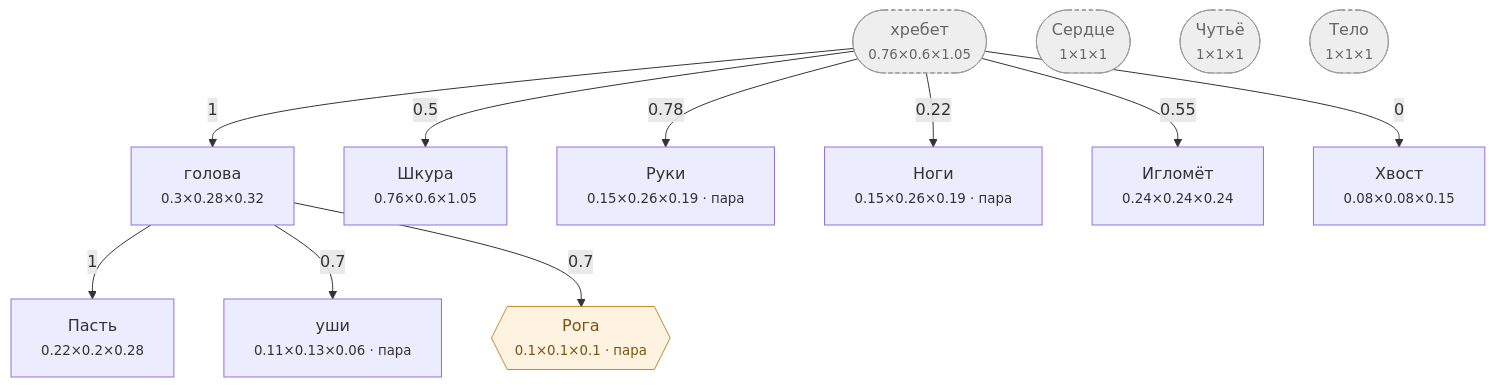
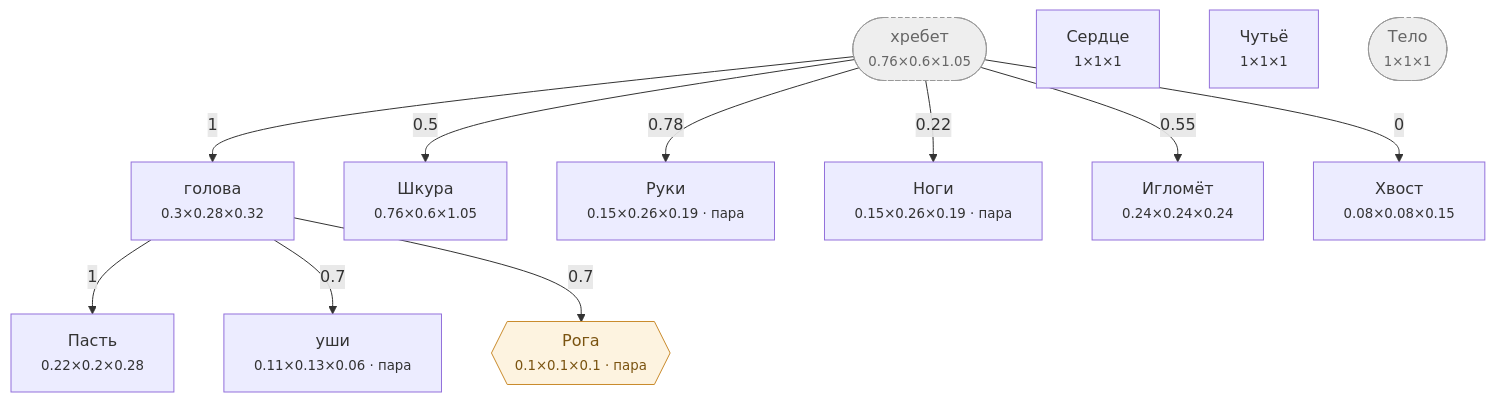
One commit to darklordshish/ChimeraEvolution-2026-06-26_15-29-59 changed the diagram in Docs/Диаграммы/Ёж.md. Above: the diagram before and after it, drawn with Mermaid. The commit also changed other lines of this file and 10 other files, not shown here.

````diff
--- a/Docs/Диаграммы/Ёж.md
+++ b/Docs/Диаграммы/Ёж.md
@@ -21,32 +21,32 @@
 ```mermaid
 flowchart TD
     n0(["хребет<br/><small>0.76×0.6×1.05</small>"])
     n1["голова<br/><small>0.3×0.28×0.32</small>"]
     n2["Пасть<br/><small>0.22×0.2×0.28</small>"]
     n3["уши<br/><small>0.11×0.13×0.06 · пара</small>"]
     n4["Шкура<br/><small>0.76×0.6×1.05</small>"]
     n5["Руки<br/><small>0.15×0.26×0.19 · пара</small>"]
     n6["Ноги<br/><small>0.15×0.26×0.19 · пара</small>"]
     n7["Игломёт<br/><small>0.24×0.24×0.24</small>"]
-    n8(["Сердце<br/><small>1×1×1</small>"])
-    n9(["Чутьё<br/><small>1×1×1</small>"])
+    n8["Сердце<br/><small>1×1×1</small>"]
+    n9["Чутьё<br/><small>1×1×1</small>"]
     n10(["Тело<br/><small>1×1×1</small>"])
     n11["Хвост<br/><small>0.08×0.08×0.15</small>"]
     n12{{"Рога<br/><small>0.1×0.1×0.1 · пара</small>"}}
 
     n0 -->|1| n1
     n1 -->|1| n2
     n1 -->|0.7| n3
     n0 -->|0.5| n4
     n0 -->|0.78| n5
     n0 -->|0.22| n6
     n0 -->|0.55| n7
     n0 -->|0| n11
     n1 -->|0.7| n12
 
     classDef hid fill:#eee,stroke:#999,stroke-dasharray:4 3,color:#666
     classDef gr fill:#fdf3e0,stroke:#c98a2b,color:#7a5310
     classDef ch fill:#e8f2ff,stroke:#3b74c4,color:#1c3f70
-    class n0,n8,n9,n10 hid
+    class n0,n10 hid
     class n12 gr
 ```
````
